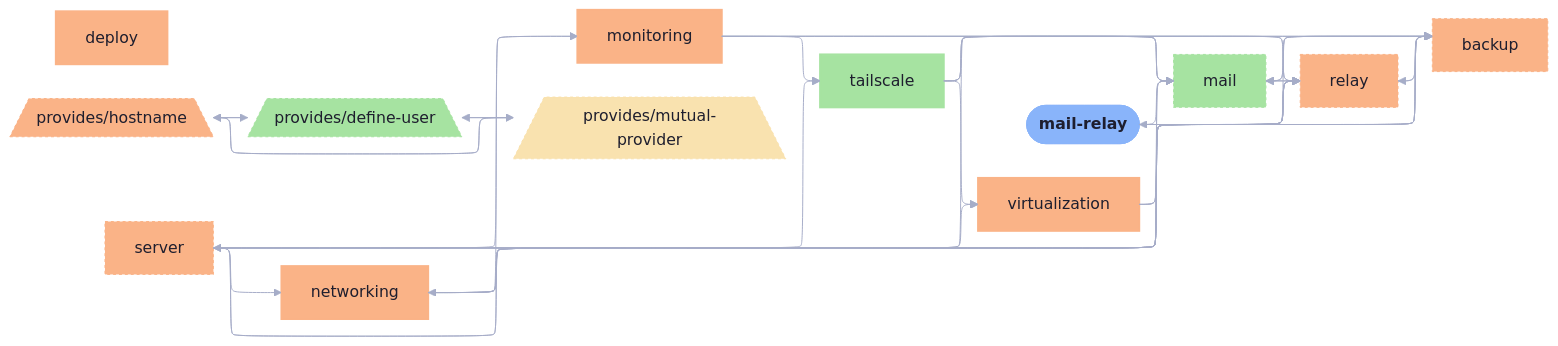
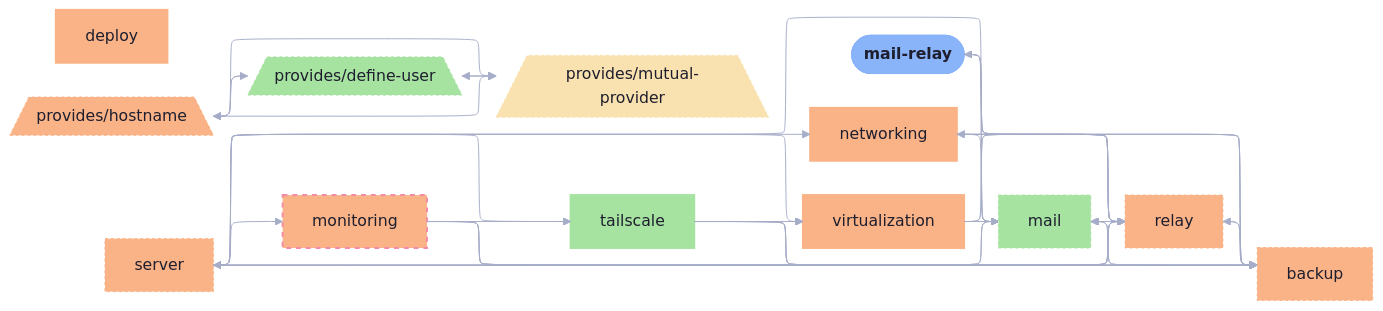
Before and after one commit to sini/den: the diagram in templates/diag-fx-demo/diagrams/mail-relay-simple.md, drawn with Mermaid. The commit also changed 526 other files, not shown here.

Commit message:
chore: update fx diagrams

````diff
--- a/templates/diag-fx-demo/diagrams/mail-relay-simple.md
+++ b/templates/diag-fx-demo/diagrams/mail-relay-simple.md
@@ -5,74 +5,73 @@
 ```mermaid
 %%{init: {"elk":{"mergeEdges":true,"nodePlacementStrategy":"BRANDES_KOEPF"},"layout":"elk","theme":"base","themeVariables":{"activationBkgColor":"#313244","activationBorderColor":"#6c7086","actorBkg":"#313244","actorBorder":"#a6adc8","actorLineColor":"#a6adc8","actorTextColor":"#cdd6f4","background":"#1e1e2e","classText":"#cdd6f4","clusterBkg":"#313244","clusterBorder":"#6c7086","edgeLabelBackground":"#1e1e2e","labelBoxBkgColor":"#313244","labelBoxBorderColor":"#a6adc8","labelTextColor":"#cdd6f4","lineColor":"#a6adc8","loopTextColor":"#cdd6f4","mainBkg":"#313244","nodeBkg":"#313244","nodeBorder":"#a6adc8","nodeTextColor":"#cdd6f4","noteBkgColor":"#313244","noteBorderColor":"#6c7086","noteTextColor":"#cdd6f4","pie1":"#f38ba8","pie2":"#fab387","pie3":"#f9e2af","pie4":"#a6e3a1","pie5":"#94e2d5","pie6":"#89b4fa","pie7":"#cba6f7","pie8":"#f2cdcd","pieLegendTextColor":"#cdd6f4","pieOuterStrokeColor":"#6c7086","pieSectionTextColor":"#cdd6f4","pieStrokeColor":"#6c7086","pieTitleTextColor":"#cdd6f4","primaryBorderColor":"#a6adc8","primaryColor":"#313244","primaryTextColor":"#cdd6f4","secondBkg":"#313244","secondaryBorderColor":"#6c7086","secondaryColor":"#313244","secondaryTextColor":"#cdd6f4","sequenceNumberColor":"#1e1e2e","signalColor":"#a6adc8","signalTextColor":"#cdd6f4","tertiaryBorderColor":"#6c7086","tertiaryColor":"#313244","tertiaryTextColor":"#cdd6f4","textColor":"#cdd6f4","titleColor":"#cdd6f4"}}}%%
 graph LR
   mail_relay([mail-relay]):::root
   backup["backup"]:::backup_c
   den__provides__define_user[/"provides/define-user"\]:::den__provides__define_user_c
   deploy["deploy"]:::deploy_c
   den__provides__hostname[/"provides/hostname"\]:::den__provides__hostname_c
   mail["mail"]:::mail_c
   monitoring["monitoring"]:::monitoring_c
   den__provides__mutual_provider[/"provides/mutual-provider"\]:::den__provides__mutual_provider_c
   networking["networking"]:::networking_c
   relay["relay"]:::relay_c
   server["server"]:::server_c
   tailscale["tailscale"]:::tailscale_c
   virtualization["virtualization"]:::virtualization_c
 
   backup --> mail
   backup --> relay
   backup --> server
   den__provides__mutual_provider --> den__provides__define_user
   den__provides__mutual_provider --> den__provides__hostname
   den__provides__hostname --> den__provides__define_user
   den__provides__define_user --> den__provides__hostname
   den__provides__define_user --> den__provides__mutual_provider
   den__provides__hostname --> den__provides__mutual_provider
   mail --> backup
   mail_relay --> backup
   monitoring --> backup
   networking --> backup
   relay --> backup
   server --> backup
   tailscale --> backup
   virtualization --> backup
   mail_relay --> mail
   monitoring --> mail
   networking --> mail
   relay --> mail
   server --> mail
   tailscale --> mail
   virtualization --> mail
   mail --> relay
   mail_relay --> relay
   monitoring --> relay
   networking --> relay
   server --> relay
   tailscale --> relay
   virtualization --> relay
   monitoring --> tailscale
-  networking --> monitoring
   relay --> mail_relay
   relay --> networking
   relay --> server
   server --> monitoring
   server --> virtualization
   server --> networking
   server --> tailscale
   tailscale --> virtualization
 
   classDef root fill:#89b4fa,stroke:#89b4fa,color:#1e1e2e,font-weight:bold
   classDef backup_c fill:#fab387,stroke:#fab387,color:#1e1e2e,stroke-dasharray: 3 3,stroke-width:1px
   classDef den__provides__define_user_c fill:#a6e3a1,stroke:#a6e3a1,color:#1e1e2e,stroke-dasharray: 3 3,stroke-width:1px
   classDef deploy_c fill:#fab387,stroke:#fab387,color:#1e1e2e,stroke-width:2px
   classDef den__provides__hostname_c fill:#fab387,stroke:#fab387,color:#1e1e2e,stroke-dasharray: 3 3,stroke-width:1px
   classDef mail_c fill:#a6e3a1,stroke:#a6e3a1,color:#1e1e2e,stroke-dasharray: 3 3,stroke-width:1px
   classDef mail_relay_c fill:#f9e2af,stroke:#f9e2af,color:#1e1e2e,stroke-width:3px
-  classDef monitoring_c fill:#fab387,stroke:#fab387,color:#1e1e2e,stroke-width:2px
+  classDef monitoring_c fill:#fab387,stroke:#f38ba8,color:#1e1e2e,stroke-dasharray: 5 5,stroke-width:2px
   classDef den__provides__mutual_provider_c fill:#f9e2af,stroke:#f9e2af,color:#1e1e2e,stroke-dasharray: 3 3,stroke-width:1px
   classDef networking_c fill:#fab387,stroke:#fab387,color:#1e1e2e,stroke-width:2px
   classDef relay_c fill:#fab387,stroke:#fab387,color:#1e1e2e,stroke-dasharray: 3 3,stroke-width:1px
   classDef server_c fill:#fab387,stroke:#fab387,color:#1e1e2e,stroke-dasharray: 3 3,stroke-width:1px
   classDef tailscale_c fill:#a6e3a1,stroke:#a6e3a1,color:#1e1e2e,stroke-width:2px
   classDef virtualization_c fill:#fab387,stroke:#fab387,color:#1e1e2e,stroke-width:2px
 ```
````
